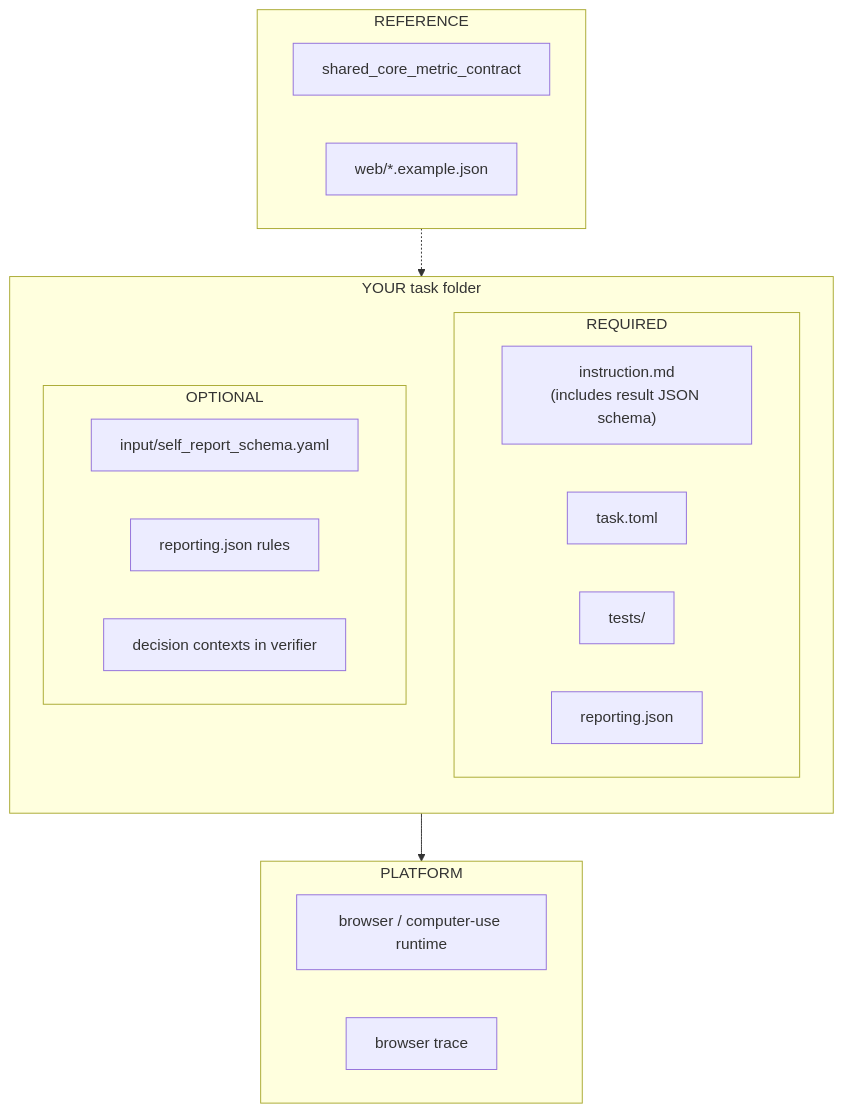
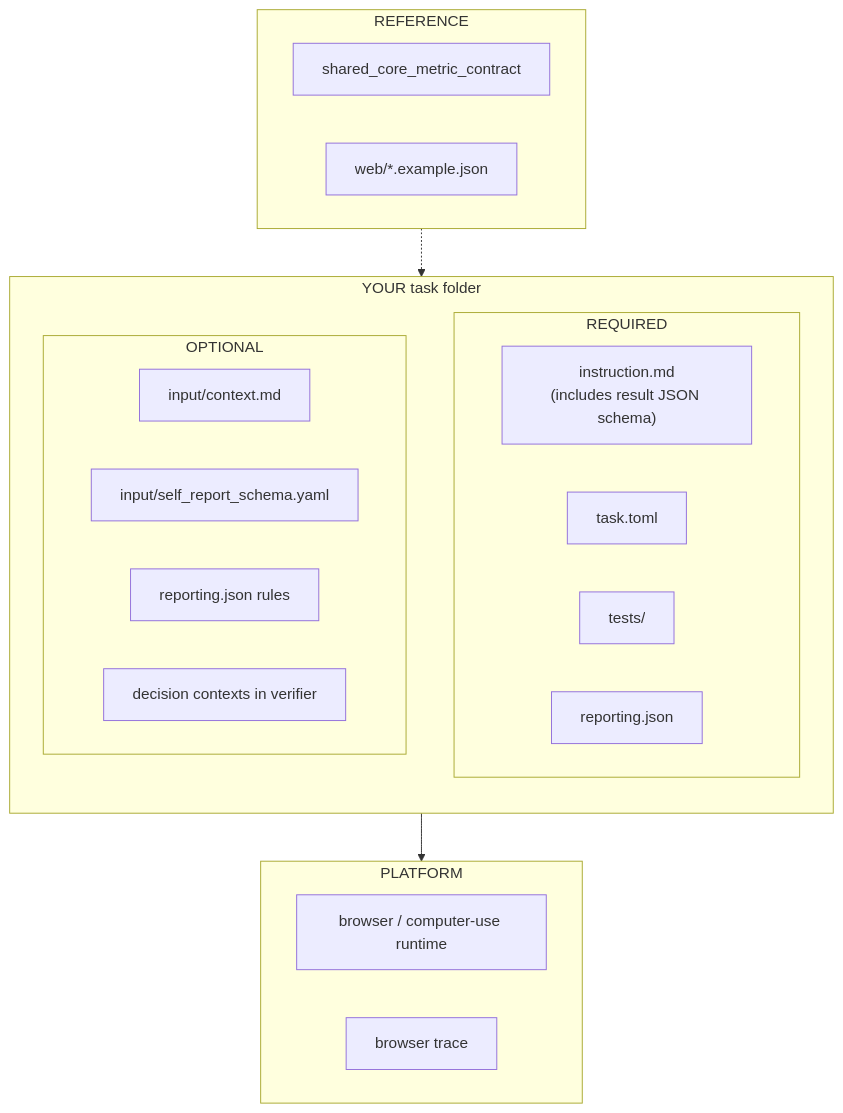
Before and after one commit to MatrAIx-ai/MatrAIx: the diagram in application/task-spec/web/README.md, drawn with Mermaid. The commit also changed other lines of this file and 20 other files, not shown here.

First line of the commit message:
Unify web and os-app tasks on optional input/context.md. (#186)

````diff
--- a/application/task-spec/web/README.md
+++ b/application/task-spec/web/README.md
@@ -11,31 +11,32 @@
 ```mermaid
 flowchart TB
   subgraph folder ["YOUR task folder"]
     direction TB
     subgraph W_REQ ["REQUIRED"]
       direction LR
       w_inst["instruction.md<br/>(includes result JSON schema)"]
       w_toml["task.toml"]
       w_test["tests/"]
       w_rep["reporting.json"]
     end
     subgraph W_OPT ["OPTIONAL"]
       direction LR
+      w_ctx["input/context.md"]
       w_self["input/self_report_schema.yaml"]
       w_rep2["reporting.json rules"]
       w_dec["decision contexts in verifier"]
     end
   end
   subgraph W_PLAT ["PLATFORM"]
     direction LR
     w_br["browser / computer-use runtime"]
     w_trace["browser trace"]
   end
   subgraph W_REF ["REFERENCE"]
     direction LR
     w_core["shared_core_metric_contract"]
     w_ex["web/*.example.json"]
   end
   W_REQ --> W_PLAT
   W_REF -.-> folder
 ```
````
